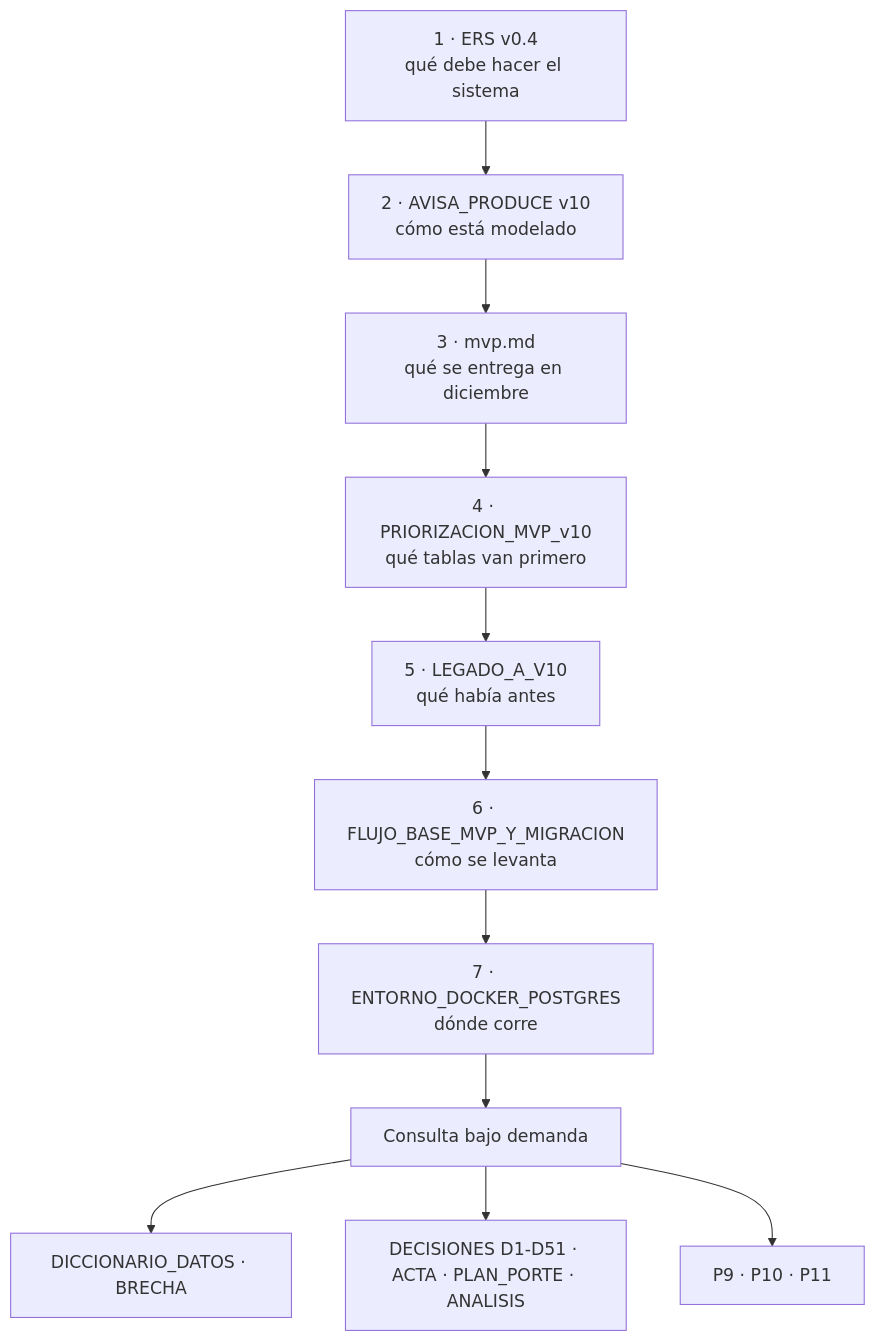
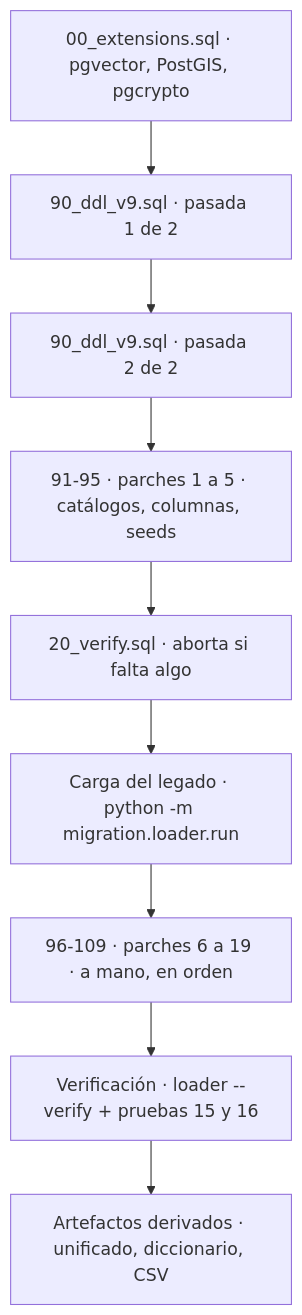
The first of 2 diagrams in docs/README.md (diegopaucarv/avisa), drawn with Mermaid before and after one commit. The commit also changed other lines of this file and 59 other files, not shown here.

````diff
--- a/docs/README.md
+++ b/docs/README.md
@@ -7,15 +429,11 @@
 ```mermaid
-graph TD
-    A["1 · ERS v0.4<br/>qué debe hacer el sistema"] --> B["2 · AVISA_PRODUCE v10<br/>cómo está modelado"]
-    B --> C["3 · mvp.md<br/>qué se entrega en diciembre"]
-    C --> D["4 · PRIORIZACION_MVP_v10<br/>qué tablas van primero"]
-    D --> E["5 · LEGADO_A_V10<br/>qué había antes"]
-    E --> F["6 · FLUJO_BASE_MVP_Y_MIGRACION<br/>cómo se levanta"]
-    F --> G["7 · ENTORNO_DOCKER_POSTGRES<br/>dónde corre"]
-
-    H["Consulta bajo demanda"] --> H1["DICCIONARIO_DATOS · BRECHA"]
-    H --> H2["DECISIONES D1-D51 · ACTA · PLAN_PORTE · ANALISIS"]
-    H --> H3["P9 · P10 · P11"]
-
-    G --> H
+flowchart TD
+    A["00_extensions.sql · pgvector, PostGIS, pgcrypto"] --> B["90_ddl_v9.sql · pasada 1 de 2"]
+    B --> B2["90_ddl_v9.sql · pasada 2 de 2"]
+    B2 --> C["91-95 · parches 1 a 5 · catálogos, columnas, seeds"]
+    C --> D["20_verify.sql · aborta si falta algo"]
+    D --> E["Carga del legado · python -m migration.loader.run"]
+    E --> F["96-109 · parches 6 a 19 · a mano, en orden"]
+    F --> G["Verificación · loader --verify + pruebas 15 y 16"]
+    G --> H["Artefactos derivados · unificado, diccionario, CSV"]
 ```
````
